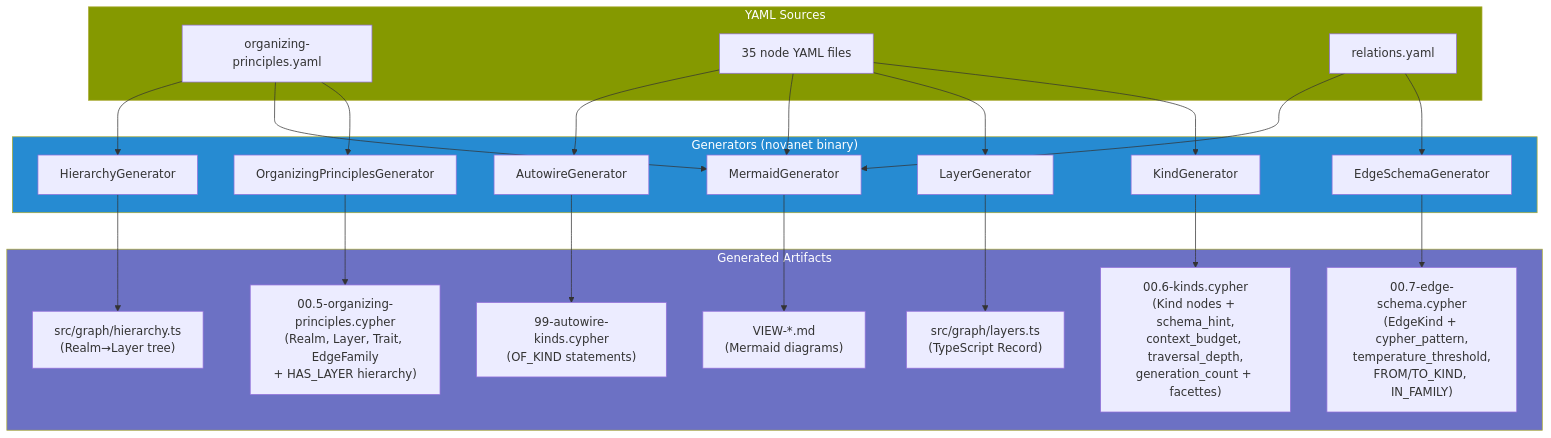
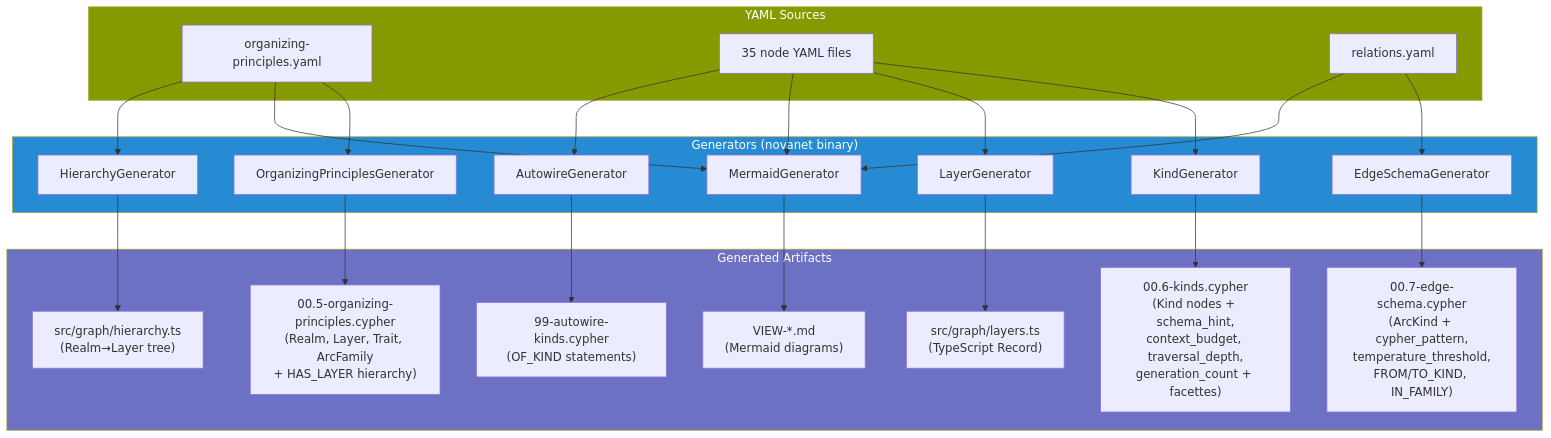
Before and after one commit to supernovae-st/novanet: the eighth of 8 diagrams in docs/ONTOLOGY-V9.md, drawn with Mermaid. The commit also changed other lines of this file and 52 other files, not shown here.

First line of the commit message:
refactor: v9.5 nomenclature cleanup (Edge→Arc, Relations→Arcs)

````diff
--- a/docs/ONTOLOGY-V9.md
+++ b/docs/ONTOLOGY-V9.md
@@ -1235,40 +1235,40 @@
 ```mermaid
 flowchart TB
   subgraph YAML["YAML Sources"]
     OP["organizing-principles.yaml"]
     NODES["35 node YAML files"]
     RELS["relations.yaml"]
   end
 
   subgraph GENERATORS["Generators (novanet binary)"]
     G1["OrganizingPrinciplesGenerator"]
     G2["KindGenerator"]
     G3["EdgeSchemaGenerator"]
     G4["LayerGenerator"]
     G5["MermaidGenerator"]
     G6["AutowireGenerator"]
     G7["HierarchyGenerator"]
   end
 
   subgraph OUTPUT["Generated Artifacts"]
-    O1["00.5-organizing-principles.cypher\n(Realm, Layer, Trait, EdgeFamily\n+ HAS_LAYER hierarchy)"]
+    O1["00.5-organizing-principles.cypher\n(Realm, Layer, Trait, ArcFamily\n+ HAS_LAYER hierarchy)"]
     O2["00.6-kinds.cypher\n(Kind nodes + schema_hint,\ncontext_budget, traversal_depth,\ngeneration_count + facettes)"]
-    O3["00.7-edge-schema.cypher\n(EdgeKind + cypher_pattern,\ntemperature_threshold,\nFROM/TO_KIND, IN_FAMILY)"]
+    O3["00.7-edge-schema.cypher\n(ArcKind + cypher_pattern,\ntemperature_threshold,\nFROM/TO_KIND, IN_FAMILY)"]
     O4["src/graph/layers.ts\n(TypeScript Record)"]
     O5["VIEW-*.md\n(Mermaid diagrams)"]
     O6["99-autowire-kinds.cypher\n(OF_KIND statements)"]
     O7["src/graph/hierarchy.ts\n(Realm→Layer tree)"]
   end
 
   OP --> G1 --> O1
   NODES --> G2 --> O2
   RELS --> G3 --> O3
   NODES --> G4 --> O4
   OP & NODES & RELS --> G5 --> O5
   NODES --> G6 --> O6
   OP --> G7 --> O7
 
   style YAML fill:#859900,color:#fff
   style GENERATORS fill:#268bd2,color:#fff
   style OUTPUT fill:#6c71c4,color:#fff
 ```
````
